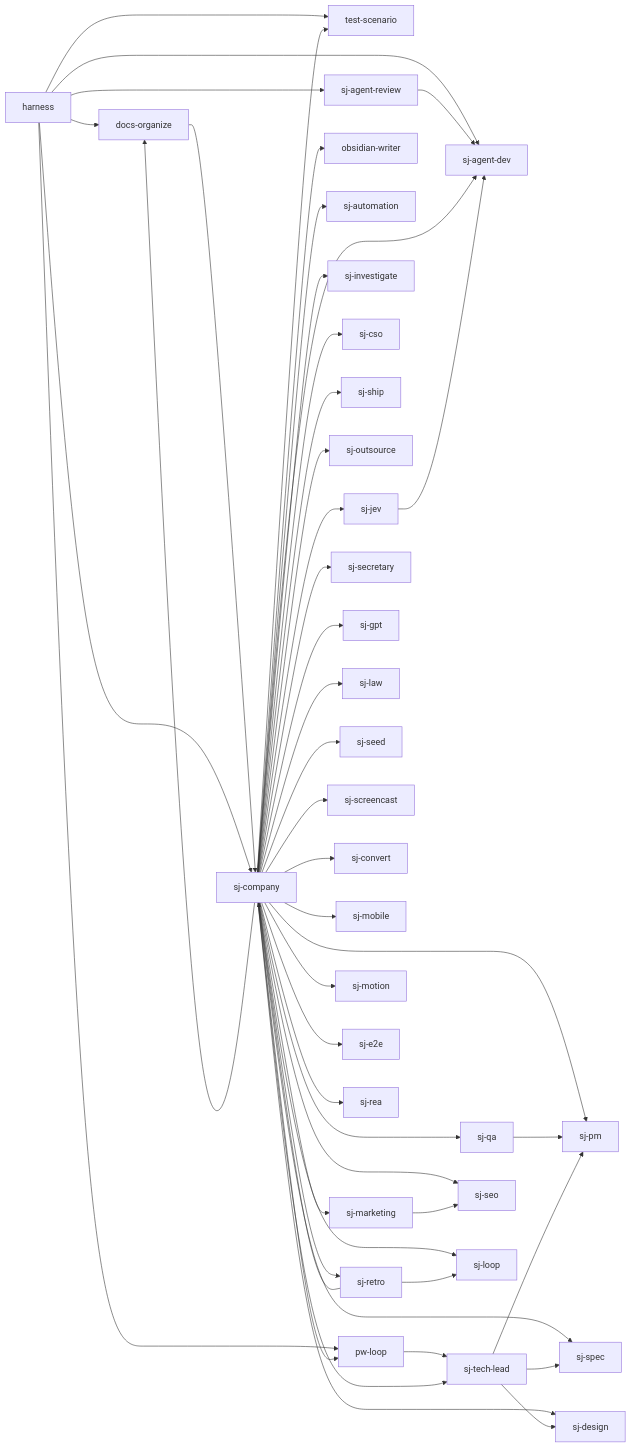
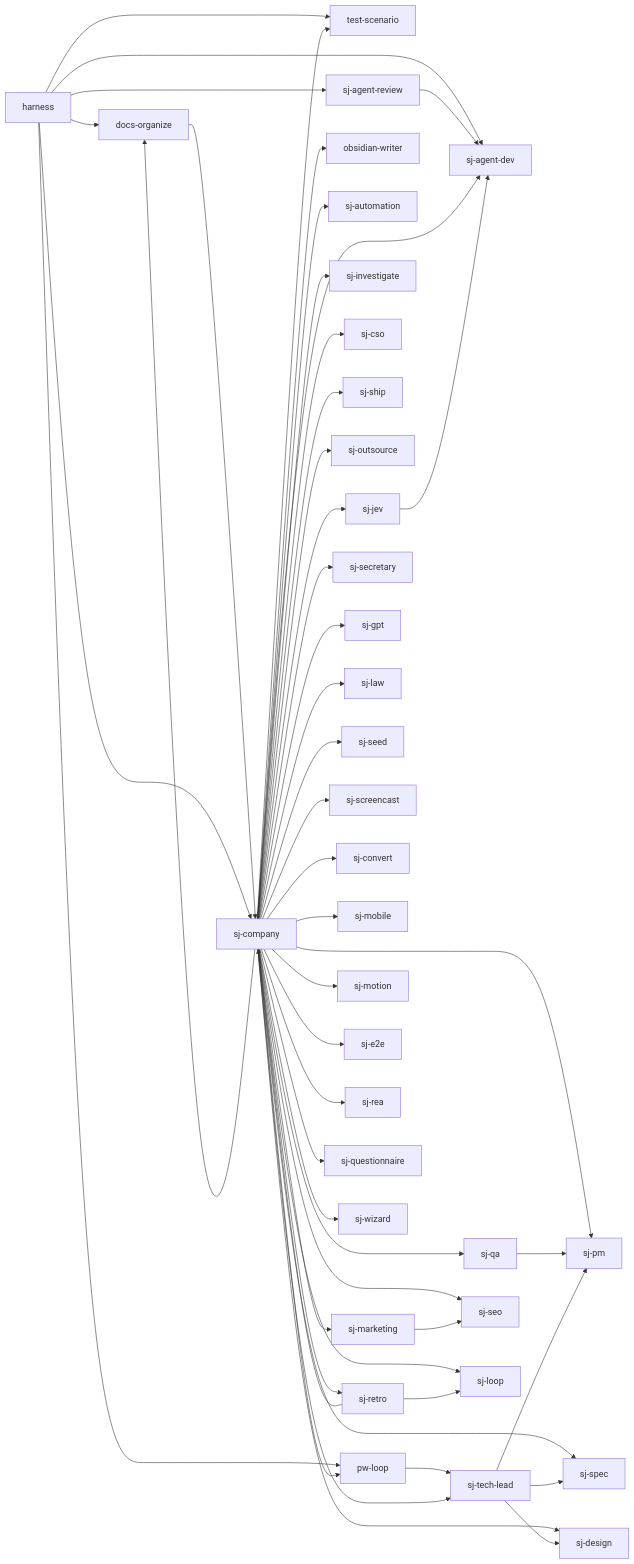
The diagram in docs/FEATURE-MAP.md (s0613/S-skills), drawn with Mermaid before and after one commit. The commit also changed other lines of this file and 17 other files, not shown here.

First line of the commit message:
feat(release): v4.20.0 — sj-questionnaire·sj-wizard·sj-wait 추가

````diff
--- a/docs/FEATURE-MAP.md
+++ b/docs/FEATURE-MAP.md
@@ -6,50 +6,52 @@
 ```mermaid
 flowchart LR
   F01[docs-organize] --> F08[sj-company]
   F02[harness] --> F01
   F02 --> F26[test-scenario]
   F02 --> F04[pw-loop]
   F02 --> F08
   F02 --> F06[sj-agent-review]
   F02 --> F05[sj-agent-dev]
   F04 --> F25[sj-tech-lead]
   F06 --> F05
   F08 --> F18[sj-pm]
   F08 --> F25
   F08 --> F19[sj-qa]
   F08 --> F03[obsidian-writer]
   F08 --> F07[sj-automation]
   F08 --> F22[sj-seo]
   F08 --> F16[sj-marketing]
   F08 --> F24[sj-spec]
   F08 --> F13[sj-investigate]
   F08 --> F05
   F08 --> F09[sj-cso]
   F08 --> F23[sj-ship]
   F08 --> F17[sj-outsource]
   F08 --> F20[sj-retro]
   F08 --> F10[sj-design]
   F08 --> F21[sj-secretary]
   F08 --> F26
   F08 --> F04
   F08 --> F01
   F08 --> F15[sj-loop]
   F08 --> F12[sj-gpt]
   F08 --> F14[sj-law]
   F08 --> F27[sj-seed]
   F08 --> F28[sj-screencast]
   F08 --> F29[sj-convert]
   F08 --> F32[sj-mobile]
   F08 --> F33[sj-jev]
   F33 --> F05
   F08 --> F34[sj-motion]
   F08 --> F35[sj-e2e]
   F08 --> F36[sj-rea]
+  F08 --> F37[sj-questionnaire]
+  F08 --> F38[sj-wizard]
   F16 --> F22
   F19 --> F18
   F20 --> F08
   F20 --> F15
   F25 --> F18
   F25 --> F24
   F25 --> F10
 ```
````
